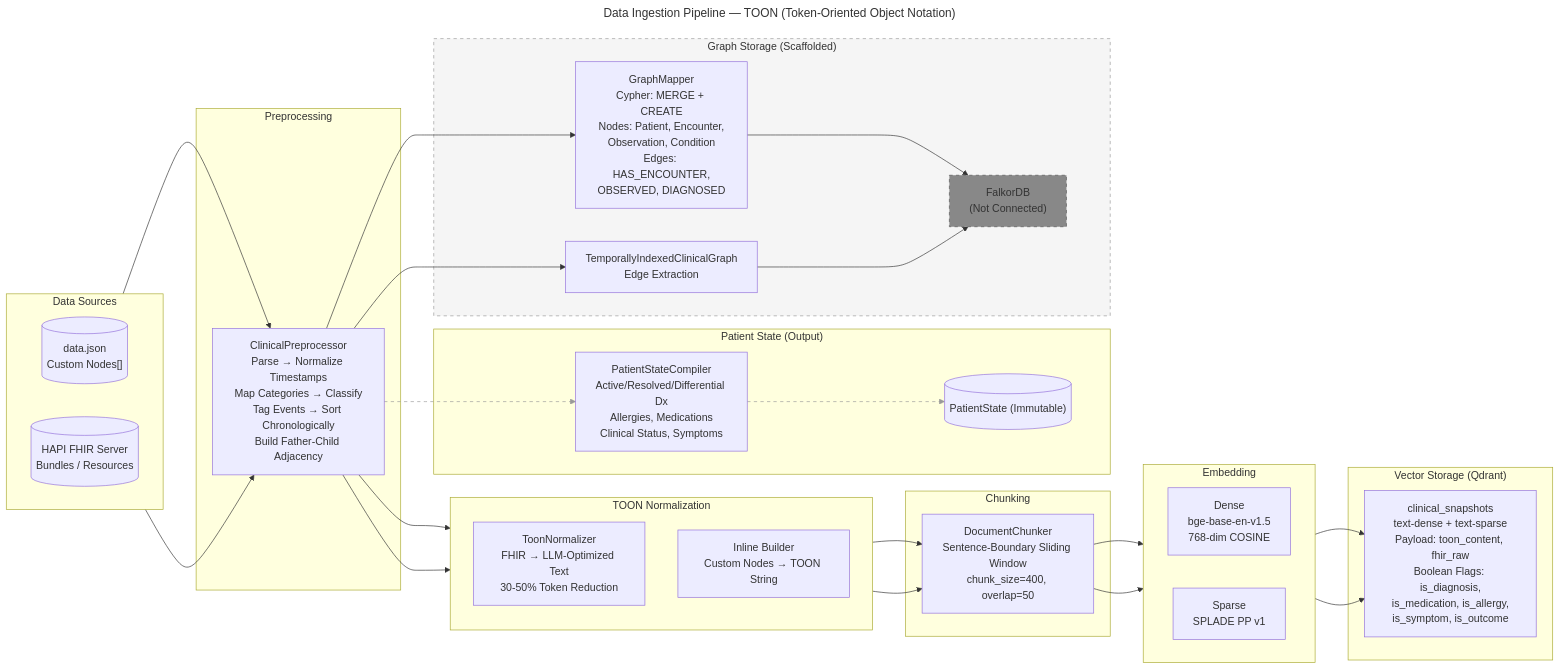
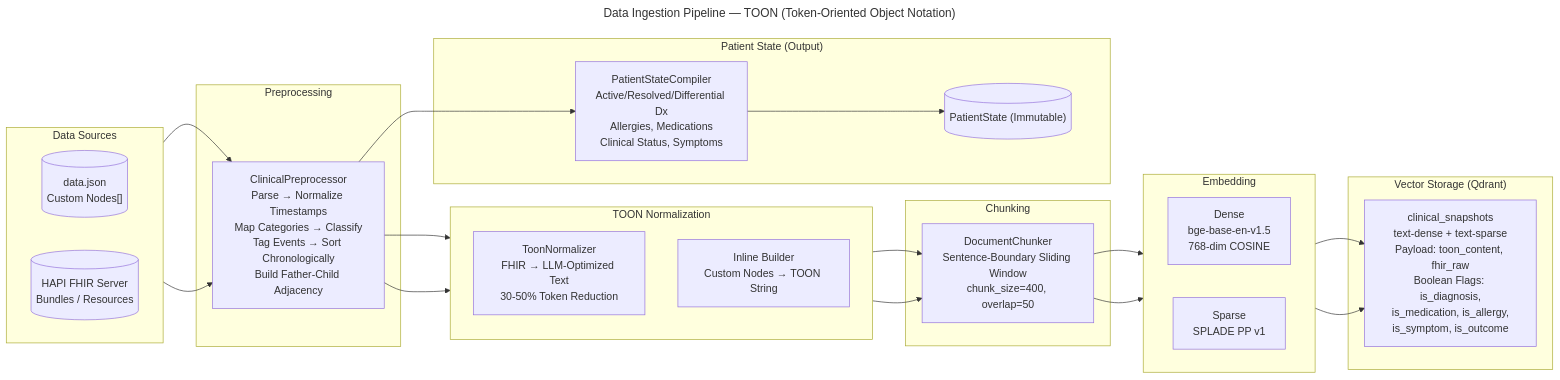
Before and after one commit to Belal0066/CFI-Care: the diagram in ai/src/ai/docs/diagrams/Data-Ingestion-Pipeline-TOON.mmd, drawn with Mermaid. The commit also changed 1 other file, not shown here.

Commit message:
Remove FalkorDB nodes from architecture diagrams
Data-Ingestion-Pipeline-TOON.mmd's Stage7 "Graph Storage (Scaffolded)"
subgraph (GraphMapper, TemporallyIndexedClinicalGraph, FalkorDB) and its
edges/styling are gone. High-Level-Architecture.mmd's GraphMapper/FalkorDB
nodes, their edge, and the now-orphaned dashed styling rule are gone too.

```diff
--- a/ai/src/ai/docs/diagrams/Data-Ingestion-Pipeline-TOON.mmd
+++ b/ai/src/ai/docs/diagrams/Data-Ingestion-Pipeline-TOON.mmd
@@ -1,67 +1,52 @@
 ---
 title: Data Ingestion Pipeline — TOON (Token-Oriented Object Notation)
 ---
 
 flowchart LR
     subgraph Sources["Data Sources"]
         direction LR
         JSON[("data.json<br/>Custom Nodes[]")]
         FHIR[("HAPI FHIR Server<br/>Bundles / Resources")]
     end
 
     subgraph Stage1["Preprocessing"]
         CPP[ClinicalPreprocessor<br/>Parse → Normalize Timestamps<br/>Map Categories → Classify<br/>Tag Events → Sort Chronologically<br/>Build Father-Child Adjacency]
     end
 
     subgraph Stage2["TOON Normalization"]
         direction TB
         TN[ToonNormalizer<br/>FHIR → LLM-Optimized Text<br/>30-50% Token Reduction]
         INLINE[Inline Builder<br/>Custom Nodes → TOON String]
     end
 
     subgraph Stage3["Chunking"]
         DC[DocumentChunker<br/>Sentence-Boundary Sliding Window<br/>chunk_size=400, overlap=50]
     end
 
     subgraph Stage4["Embedding"]
         direction LR
         DENSE["Dense<br/>bge-base-en-v1.5<br/>768-dim COSINE"]
         SPARSE["Sparse<br/>SPLADE PP v1"]
     end
 
     subgraph Stage5["Vector Storage (Qdrant)"]
         Q["clinical_snapshots<br/>text-dense + text-sparse<br/>Payload: toon_content, fhir_raw<br/>Boolean Flags: is_diagnosis,<br/>is_medication, is_allergy,<br/>is_symptom, is_outcome"]
     end
 
     subgraph Stage6["Patient State (Output)"]
         PSC[PatientStateCompiler<br/>Active/Resolved/Differential Dx<br/>Allergies, Medications<br/>Clinical Status, Symptoms]
         PS[("PatientState (Immutable)")]
     end
 
-    subgraph Stage7["Graph Storage (Scaffolded)"]
-        GM[GraphMapper<br/>Cypher: MERGE + CREATE<br/>Nodes: Patient, Encounter,<br/>Observation, Condition<br/>Edges: HAS_ENCOUNTER,<br/>OBSERVED, DIAGNOSED]
-        TG[TemporallyIndexedClinicalGraph<br/>Edge Extraction]
-        FALKORDB["FalkorDB<br/>(Not Connected)"]
-    end
-
     JSON --> CPP
     FHIR --> CPP
     CPP --> TN
     CPP --> INLINE
     TN --> DC
     INLINE --> DC
     DC --> DENSE
     DC --> SPARSE
     DENSE --> Q
     SPARSE --> Q
     CPP --> PSC
     PSC --> PS
-    CPP --> GM
-    CPP --> TG
-    GM --> FALKORDB
-    TG --> FALKORDB
-
-    style FALKORDB fill:#888,stroke:#555,stroke-width:1px,stroke-dasharray: 5 5
-    style Stage7 fill:#f5f5f5,stroke:#999,stroke-width:1px,stroke-dasharray: 5 5
-
-    linkStyle 10,11 stroke:#999,stroke-dasharray: 5 5
```
